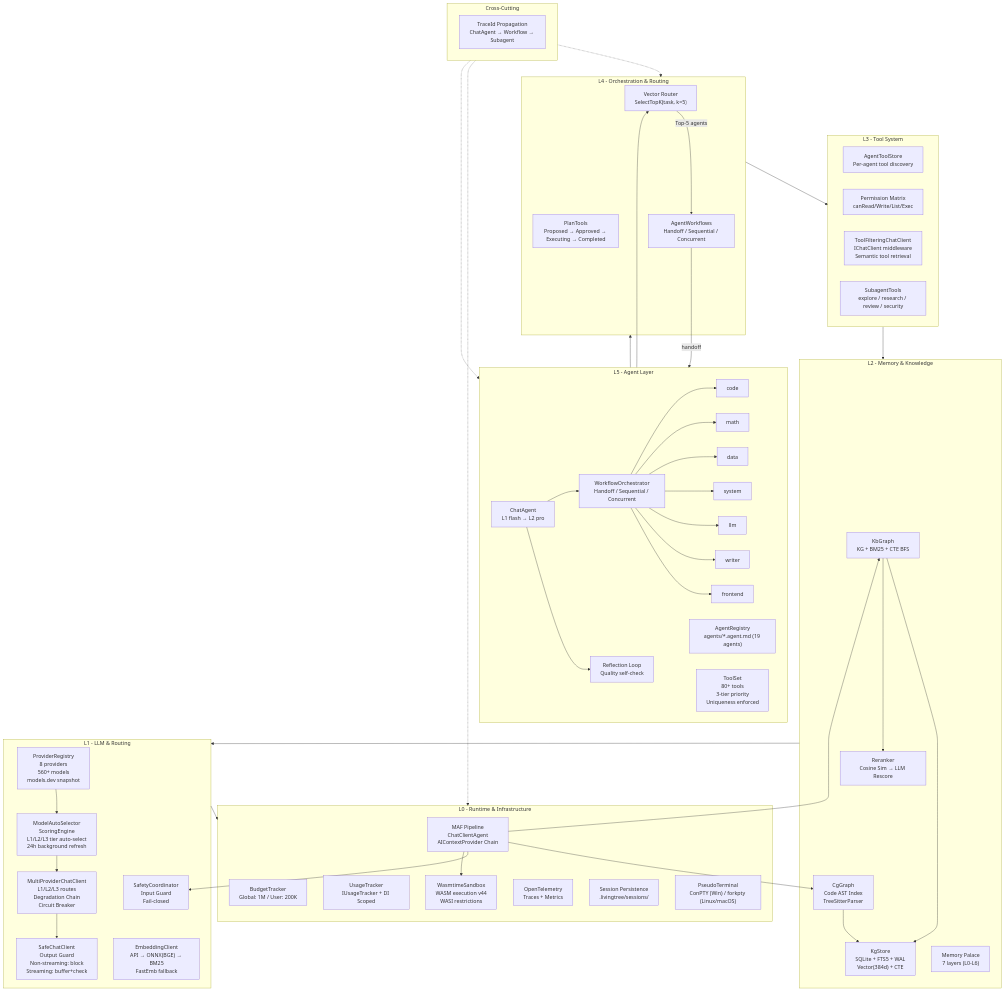
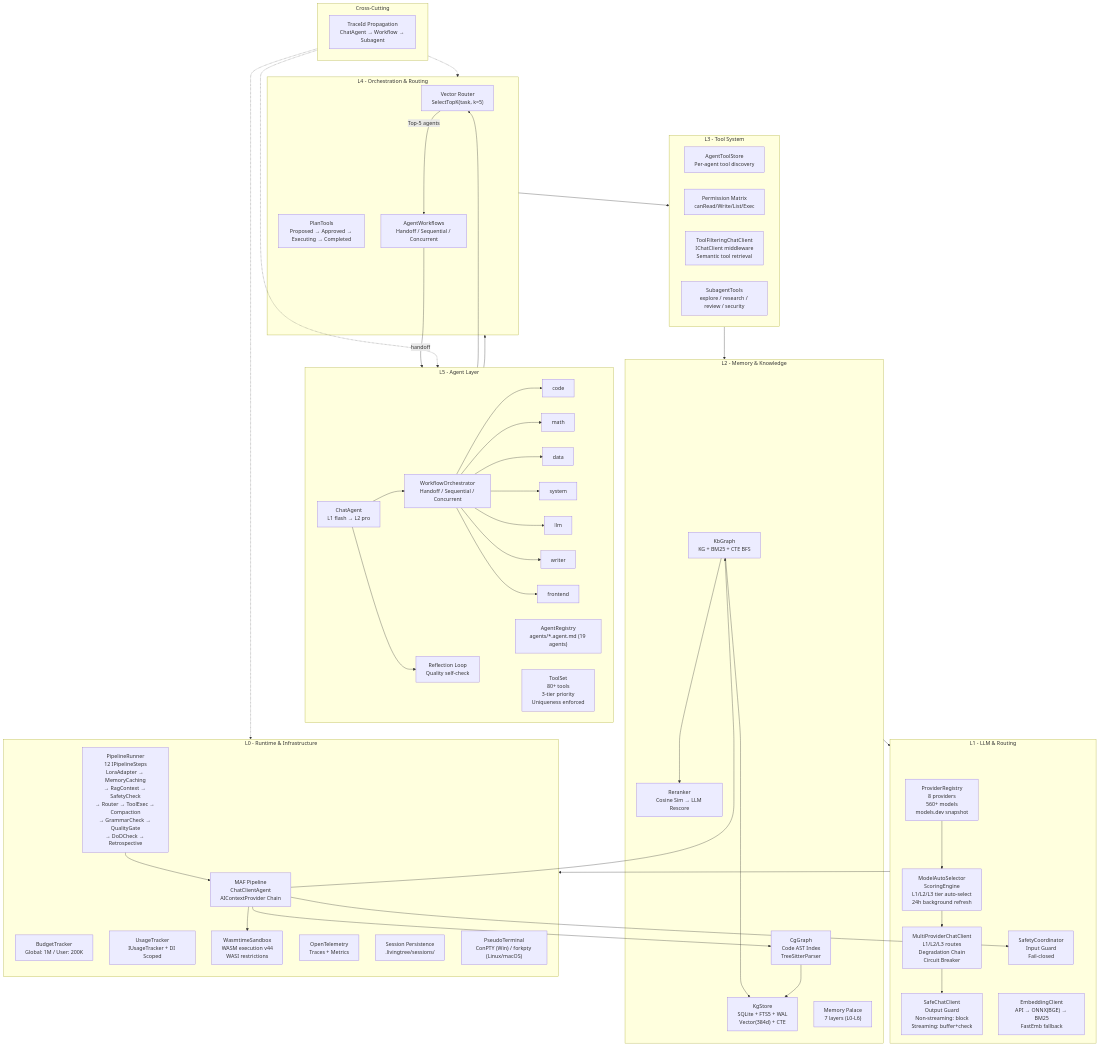
The diagram in docs/architecture.md (ookok/ltai4net), drawn with Mermaid before and after one commit. The commit also changed other lines of this file and 135 other files, not shown here.

````diff
--- a/docs/architecture.md
+++ b/docs/architecture.md
@@ -5,79 +5,81 @@
 ```mermaid
 flowchart TB
     subgraph L5["L5 - Agent Layer"]
         direction LR
         CA["ChatAgent<br/>L1 flash → L2 pro"] --> WF["WorkflowOrchestrator<br/>Handoff / Sequential / Concurrent"]
         CA --> RL["Reflection Loop<br/>Quality self-check"]
         AR["AgentRegistry<br/>agents/*.agent.md (19 agents)"]
         TS["ToolSet<br/>80+ tools<br/>3-tier priority<br/>Uniqueness enforced"]
         WF --> S1["code"]
         WF --> S2["math"]
         WF --> S3["data"]
         WF --> S4["system"]
         WF --> S5["llm"]
         WF --> S6["writer"]
         WF --> S7["frontend"]
     end
 
     subgraph L4["L4 - Orchestration & Routing"]
         VR["Vector Router<br/>SelectTopK(task, k=5)"]
         PT["PlanTools<br/>Proposed → Approved → Executing → Completed"]
         AW["AgentWorkflows<br/>Handoff / Sequential / Concurrent"]
         WF --> VR
         VR -->|"Top-5 agents"| AW
         AW -->|handoff| WF
     end
 
     subgraph L3["L3 - Tool System"]
         ATS["AgentToolStore<br/>Per-agent tool discovery"]
         PM["Permission Matrix<br/>canRead/Write/List/Exec"]
         TC["ToolFilteringChatClient<br/>IChatClient middleware<br/>Semantic tool retrieval"]
         SUB["SubagentTools<br/>explore / research / review / security"]
     end
 
     subgraph L2["L2 - Memory & Knowledge"]
         KB["KbGraph<br/>KG + BM25 + CTE BFS"]
         CG["CgGraph<br/>Code AST Index<br/>TreeSitterParser"]
         KS["KgStore<br/>SQLite + FTS5 + WAL<br/>Vector(384d) + CTE"]
         RK["Reranker<br/>Cosine Sim → LLM Rescore"]
         MP["Memory Palace<br/>7 layers (L0-L6)"]
         KB --> KS
         CG --> KS
         KB --> RK
     end
 
     subgraph L1["L1 - LLM & Routing"]
         PR["ProviderRegistry<br/>8 providers<br/>560+ models<br/>models.dev snapshot"]
         MAS["ModelAutoSelector<br/>ScoringEngine<br/>L1/L2/L3 tier auto-select<br/>24h background refresh"]
         MPC["MultiProviderChatClient<br/>L1/L2/L3 routes<br/>Degradation Chain<br/>Circuit Breaker"]
         SCC["SafeChatClient<br/>Output Guard<br/>Non-streaming: block<br/>Streaming: buffer+check"]
         SC["SafetyCoordinator<br/>Input Guard<br/>Fail-closed"]
         EC["EmbeddingClient<br/>API → ONNX(BGE) → BM25<br/>FastEmb fallback"]
         PR --> MAS
         MAS --> MPC
         MPC --> SCC
     end
 
     subgraph L0["L0 - Runtime & Infrastructure"]
         MAF["MAF Pipeline<br/>ChatClientAgent<br/>AIContextProvider Chain"]
+        PL["PipelineRunner<br/>12 IPipelineSteps<br/>LoraAdapter → MemoryCaching<br/>→ RagContext → SafetyCheck<br/>→ Router → ToolExec → Compaction<br/>→ GrammarCheck → QualityGate<br/>→ DoDCheck → Retrospective"]
         BT["BudgetTracker<br/>Global: 1M / User: 200K"]
         UT["UsageTracker<br/>IUsageTracker + DI Scoped"]
         WS["WasmtimeSandbox<br/>WASM execution v44<br/>WASI restrictions"]
         OT["OpenTelemetry<br/>Traces + Metrics"]
         SP["Session Persistence<br/>.livingtree/sessions/"]
         PS["PseudoTerminal<br/>ConPTY (Win) / forkpty (Linux/macOS)"]
         MAF --> KB
         MAF --> CG
         MAF --> SC
         MAF --> WS
+        PL --> MAF
     end
 
     subgraph CC["Cross-Cutting"]
         TID["TraceId Propagation<br/>ChatAgent → Workflow → Subagent"]
     end
 
     L5 --> L4 --> L3 --> L2 --> L1 --> L0
     CC -.-> L5
     CC -.-> L4
     CC -.-> L0
 ```
````
